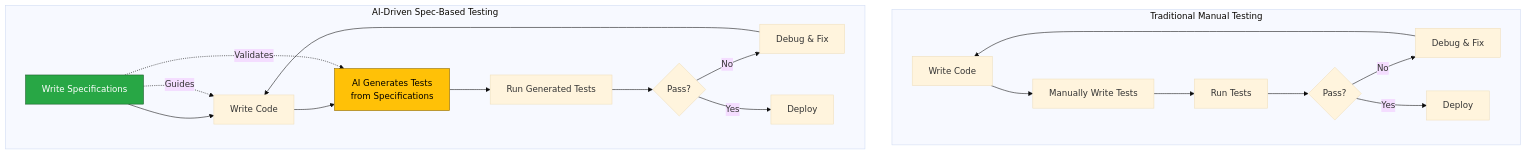
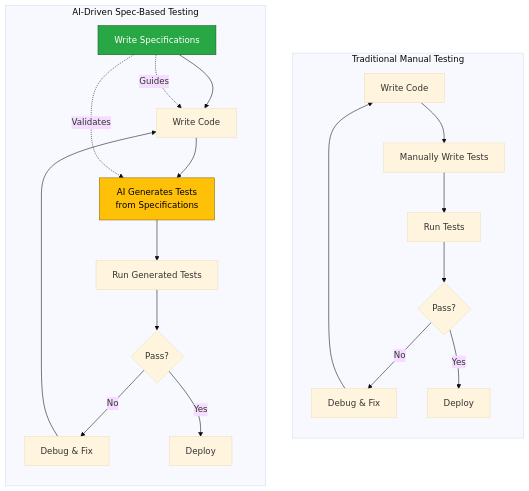
One commit to tikazyq/marvinzhang.dev changed the third of 3 diagrams in blog/2025-10-02-rices-theorem-why-automated-testing-will-fail.mdx. Above: the diagram before and after it, drawn with Mermaid (base theme). The commit also changed 1 other file, not shown here.

Commit message:
Refactor mermaid diagram syntax for clarity in testing comparison

````diff
--- a/blog/2025-10-02-rices-theorem-why-automated-testing-will-fail.mdx
+++ b/blog/2025-10-02-rices-theorem-why-automated-testing-will-fail.mdx
@@ -258,26 +258,28 @@
 ```mermaid
-graph TB
-    subgraph "Traditional Manual Testing"
+graph TD
+    subgraph Manual["Traditional Manual Testing"]
+        direction TB
         A1[Write Code] --> A2[Manually Write Tests]
         A2 --> A3[Run Tests]
         A3 --> A4{Pass?}
         A4 -->|No| A5[Debug & Fix]
         A5 --> A1
         A4 -->|Yes| A6[Deploy]
     end
     
-    subgraph "AI-Driven Spec-Based Testing"
+    subgraph AISpec["AI-Driven Spec-Based Testing"]
+        direction TB
         B1[Write Specifications] --> B2[Write Code]
         B2 --> B3[AI Generates Tests<br/>from Specifications]
         B3 --> B4[Run Generated Tests]
         B4 --> B5{Pass?}
         B5 -->|No| B6[Debug & Fix]
         B6 --> B2
         B5 -->|Yes| B7[Deploy]
         B1 -.->|Guides| B2
         B1 -.->|Validates| B3
     end
     
     style B1 fill:#28a745,stroke:#155724,color:#fff
     style B3 fill:#ffc107,stroke:#856404,color:#000
 ```
````
